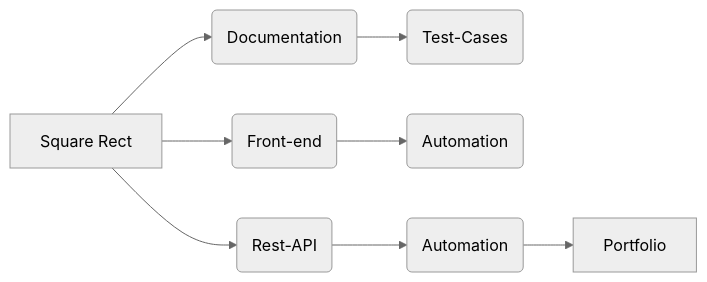
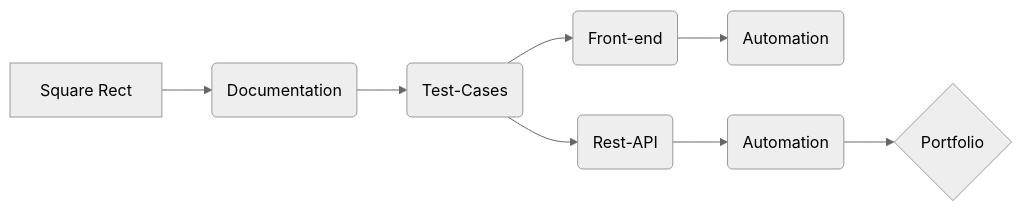
One commit to N-Uladzislau/Portfolio_Project changed the diagram in README.md. Above: the diagram before and after it, drawn with Mermaid (neutral theme).

````diff
--- a/README.md
+++ b/README.md
@@ -2,7 +2,7 @@
 ```mermaid
 graph LR
 A[Square Rect] --> B(Documentation) --> C(Test-Cases)
-A --> Q(Front-end) --> W(Automation)
-A --> D(Rest-API) --> E(Automation) --> F[Portfolio]
+C --> Q(Front-end) --> W(Automation)
+C --> D(Rest-API) --> E(Automation) --> F{Portfolio}
 
 ```
````
